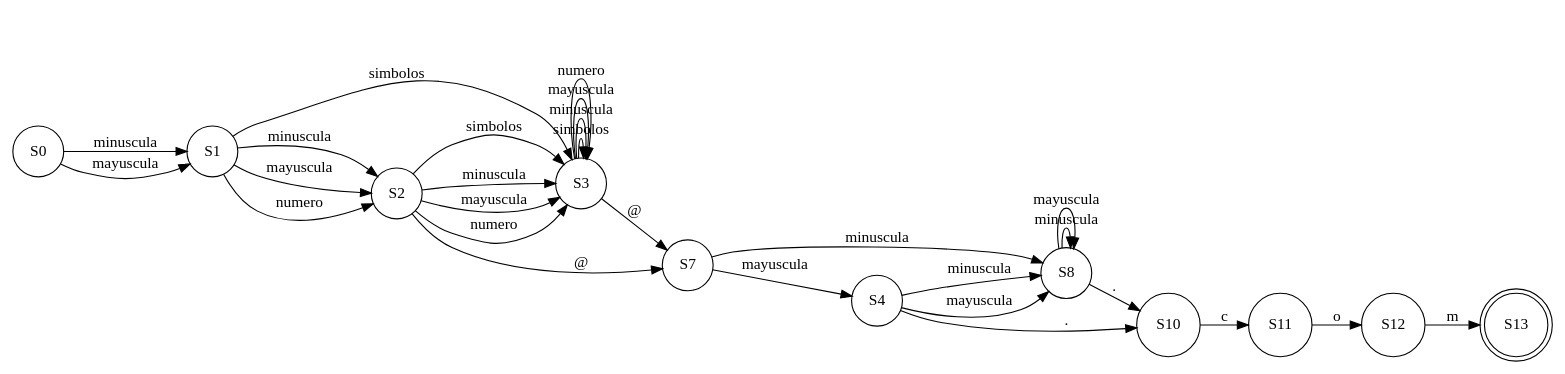
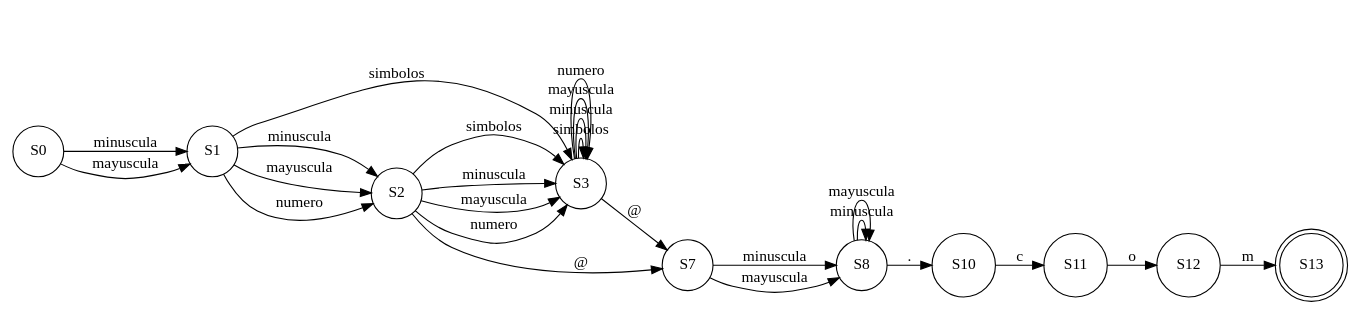
The diagram in Py1_201603028/src/AFD_201603028/correoElectronico.dot (Racs0XD/-OLC1-Proyecto1_201603028), drawn with Graphviz before and after one commit. The commit also changed 81 other files, not shown here.

```diff
--- a/Py1_201603028/src/AFD_201603028/correoElectronico.dot
+++ b/Py1_201603028/src/AFD_201603028/correoElectronico.dot
@@ -1,135 +1,121 @@
 digraph G{
 rankdir=LR
 node[shape=circle]
 concentrate=true
 nodoS0[label="S0"];
 
 nodoS1[label="S1"];
 
 nodoS0->nodoS1[label="minuscula"];
 
 nodoS1[label="S1"];
 
 nodoS0->nodoS1[label="mayuscula"];
 
 nodoS1[label="S1"];
 
 nodoS3[label="S3"];
 
 nodoS1->nodoS3[label="simbolos"];
 
 nodoS2[label="S2"];
 
 nodoS1->nodoS2[label="minuscula"];
 
 nodoS2[label="S2"];
 
 nodoS1->nodoS2[label="mayuscula"];
 
 nodoS2[label="S2"];
 
 nodoS1->nodoS2[label="numero"];
 
 nodoS3[label="S3"];
 
 nodoS3[label="S3"];
 
 nodoS3->nodoS3[label="simbolos"];
 
 nodoS3[label="S3"];
 
 nodoS3->nodoS3[label="minuscula"];
 
 nodoS3[label="S3"];
 
 nodoS3->nodoS3[label="mayuscula"];
 
 nodoS3[label="S3"];
 
 nodoS3->nodoS3[label="numero"];
 
 nodoS7[label="S7"];
 
 nodoS3->nodoS7[label="@"];
 
 nodoS2[label="S2"];
 
 nodoS3[label="S3"];
 
 nodoS2->nodoS3[label="simbolos"];
 
 nodoS3[label="S3"];
 
 nodoS2->nodoS3[label="minuscula"];
 
 nodoS3[label="S3"];
 
 nodoS2->nodoS3[label="mayuscula"];
 
 nodoS3[label="S3"];
 
 nodoS2->nodoS3[label="numero"];
 
 nodoS7[label="S7"];
 
 nodoS2->nodoS7[label="@"];
 
 nodoS7[label="S7"];
 
 nodoS8[label="S8"];
 
 nodoS7->nodoS8[label="minuscula"];
 
-nodoS4[label="S4"];
+nodoS8[label="S8"];
 
-nodoS7->nodoS4[label="mayuscula"];
+nodoS7->nodoS8[label="mayuscula"];
 
 nodoS8[label="S8"];
 
 nodoS8[label="S8"];
 
 nodoS8->nodoS8[label="minuscula"];
 
 nodoS8[label="S8"];
 
 nodoS8->nodoS8[label="mayuscula"];
 
 nodoS10[label="S10"];
 
 nodoS8->nodoS10[label="."];
-
-nodoS4[label="S4"];
-
-nodoS8[label="S8"];
-
-nodoS4->nodoS8[label="minuscula"];
-
-nodoS8[label="S8"];
-
-nodoS4->nodoS8[label="mayuscula"];
-
-nodoS10[label="S10"];
-
-nodoS4->nodoS10[label="."];
 
 nodoS10[label="S10"];
 
 nodoS11[label="S11"];
 
 nodoS10->nodoS11[label="c"];
 
 nodoS11[label="S11"];
 
 nodoS12[label="S12"];
 
 nodoS11->nodoS12[label="o"];
 
 nodoS12[label="S12"];
 
 nodoS13[label="S13"];
 
 nodoS12->nodoS13[label="m"];
 
 nodoS13[label="S13"][shape=doublecircle];
 
 }
```
